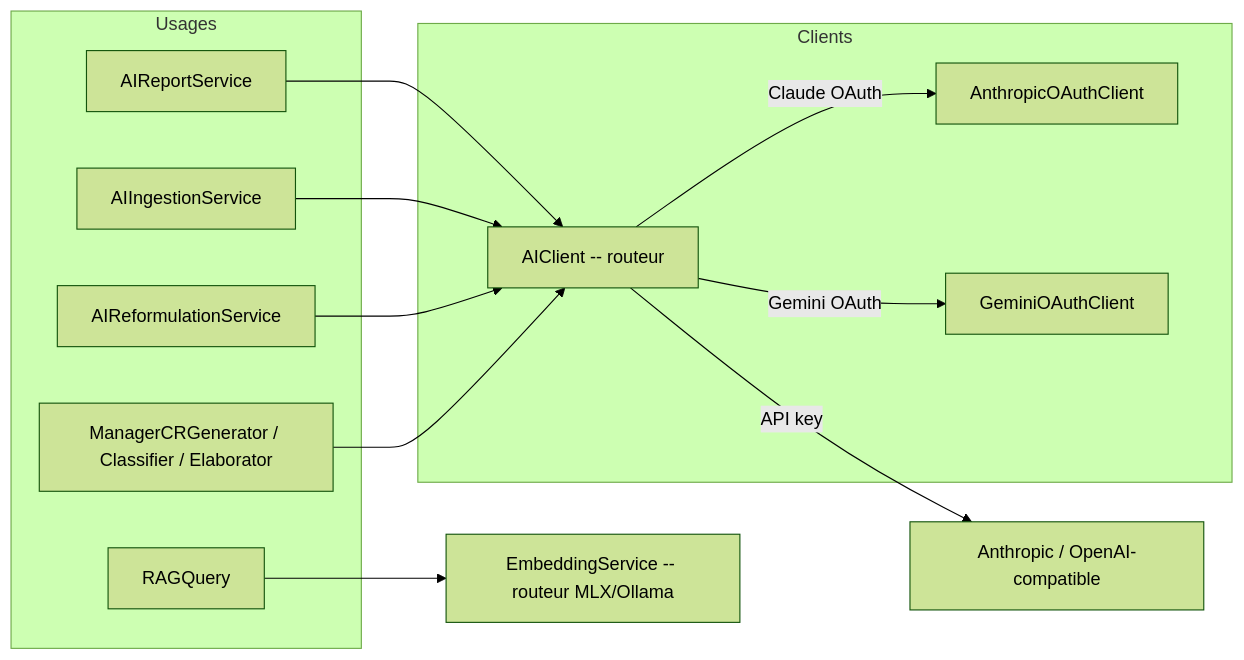
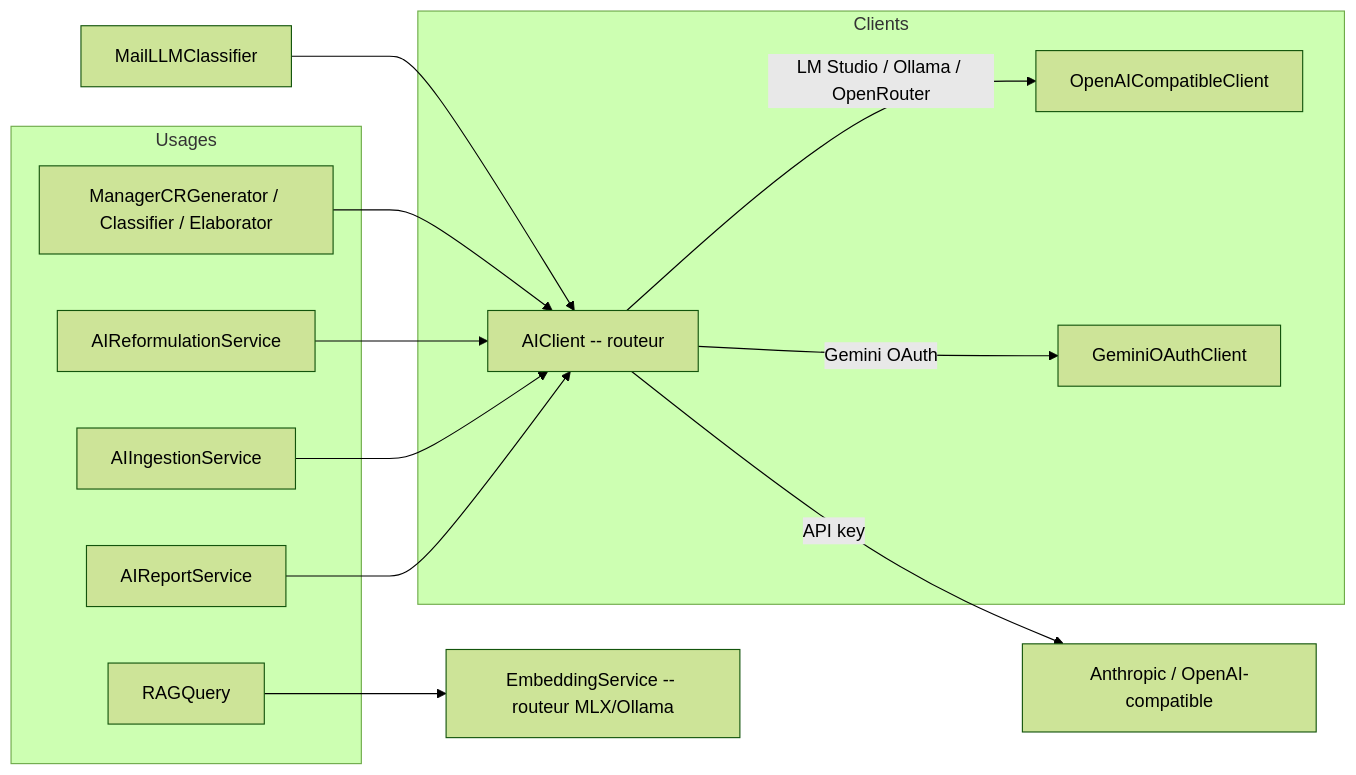
One commit to ldb2000/One2One changed the third of 5 diagrams in docs/architecture.md. Above: the diagram before and after it, drawn with Mermaid (forest theme). The commit also changed other lines of this file and 35 other files, not shown here.

First line of the commit message:
refactor(ai): endpoints configurables LM Studio, OpenRouter, Ollama ; retrait de Direct ; raisonnement par profil

````diff
--- a/docs/architecture.md
+++ b/docs/architecture.md
@@ -243,23 +244,24 @@
 ```mermaid
 graph LR
     subgraph Clients
         AIClient[AIClient -- routeur]
-        ANTH[AnthropicOAuthClient]
+        ENDPOINT[OpenAICompatibleClient]
         GEM[GeminiOAuthClient]
     end
     subgraph Usages
         REPORTSVC[AIReportService]
         INGEST[AIIngestionService]
         REFORM[AIReformulationService]
         MGR[ManagerCRGenerator / Classifier / Elaborator]
         RAGQ[RAGQuery]
     end
     REPORTSVC --> AIClient
     INGEST --> AIClient
     REFORM --> AIClient
     MGR --> AIClient
-    AIClient -->|Claude OAuth| ANTH
+    AIClient -->|LM Studio / Ollama / OpenRouter| ENDPOINT
+    MAIL[MailLLMClassifier] --> AIClient
     AIClient -->|Gemini OAuth| GEM
     AIClient -->|API key| HTTP[Anthropic / OpenAI-compatible]
     RAGQ --> EMB[EmbeddingService -- routeur MLX/Ollama]
 ```
````
